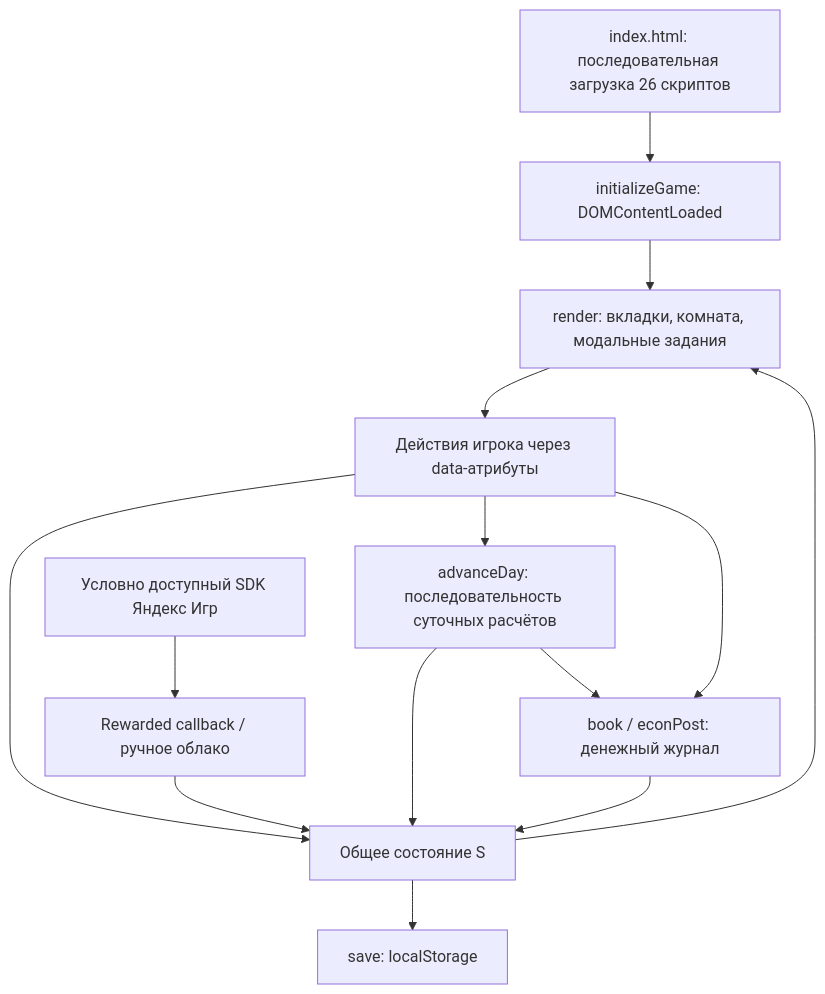
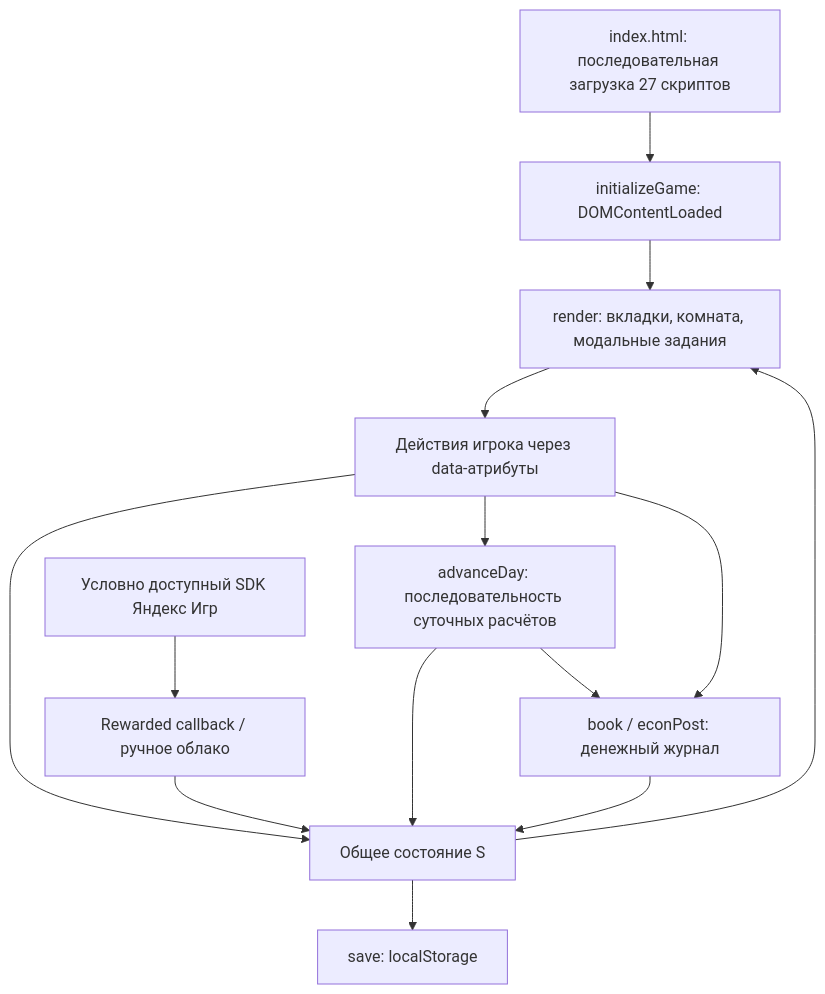
One commit to useresu1986-ship-it/igra changed the diagram in ARCHITECTURE.md. Above: the diagram before and after it, drawn with Mermaid. The commit also changed other lines of this file and 13 other files, not shown here.

````diff
--- a/ARCHITECTURE.md
+++ b/ARCHITECTURE.md
@@ -47,16 +49,16 @@
 ```mermaid
 flowchart TD
-    HTML[index.html: последовательная загрузка 26 скриптов] --> INIT[initializeGame: DOMContentLoaded]
+    HTML[index.html: последовательная загрузка 27 скриптов] --> INIT[initializeGame: DOMContentLoaded]
     INIT --> UI[render: вкладки, комната, модальные задания]
     UI --> ACTION[Действия игрока через data-атрибуты]
     ACTION --> STATE[Общее состояние S]
     ACTION --> DAY[advanceDay: последовательность суточных расчётов]
     DAY --> STATE
     ACTION --> BOOK[book / econPost: денежный журнал]
     DAY --> BOOK
     BOOK --> STATE
     STATE --> SAVE[save: localStorage]
     STATE --> UI
     YANDEX[Условно доступный SDK Яндекс Игр] --> REWARD[Rewarded callback / ручное облако]
     REWARD --> STATE
 ```
````
